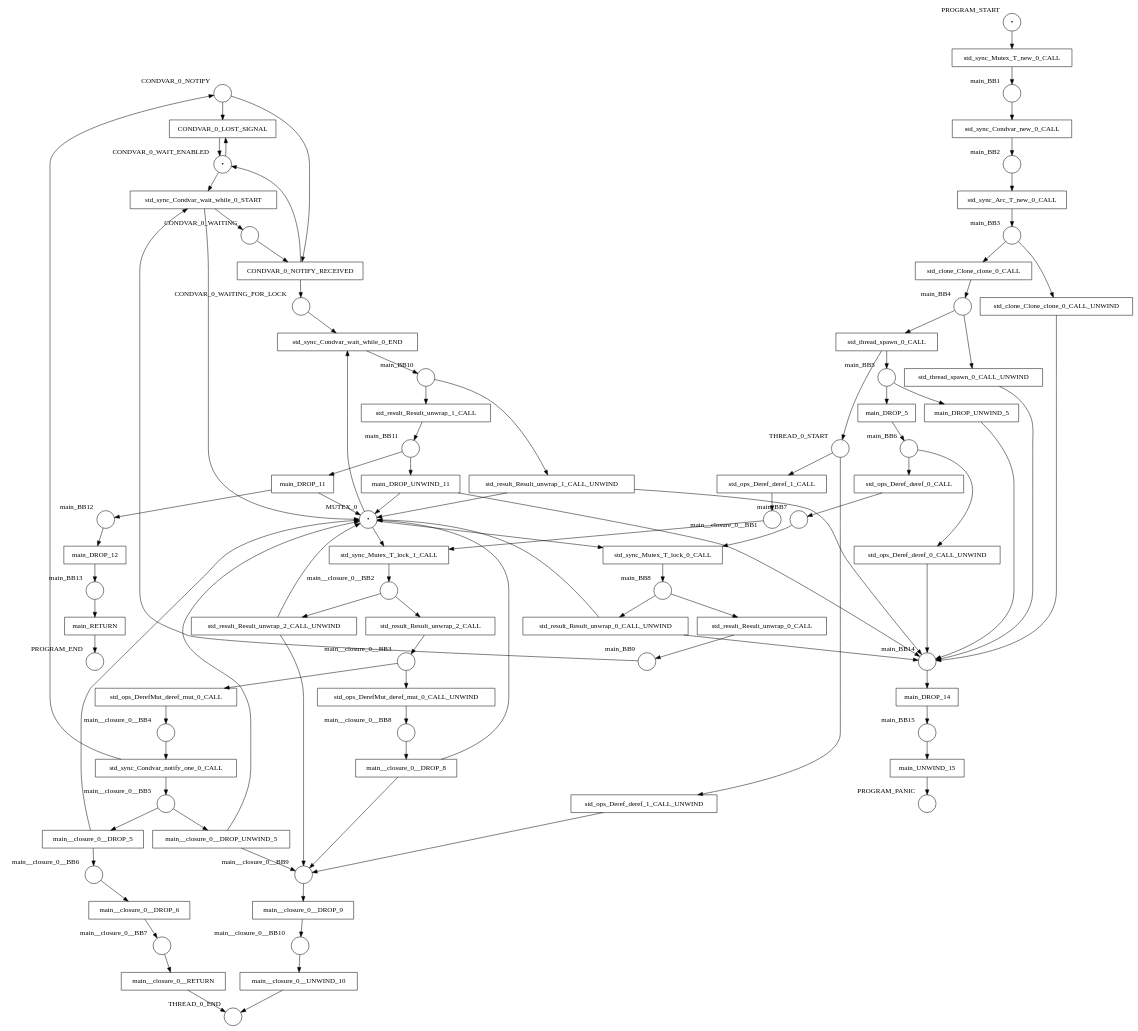
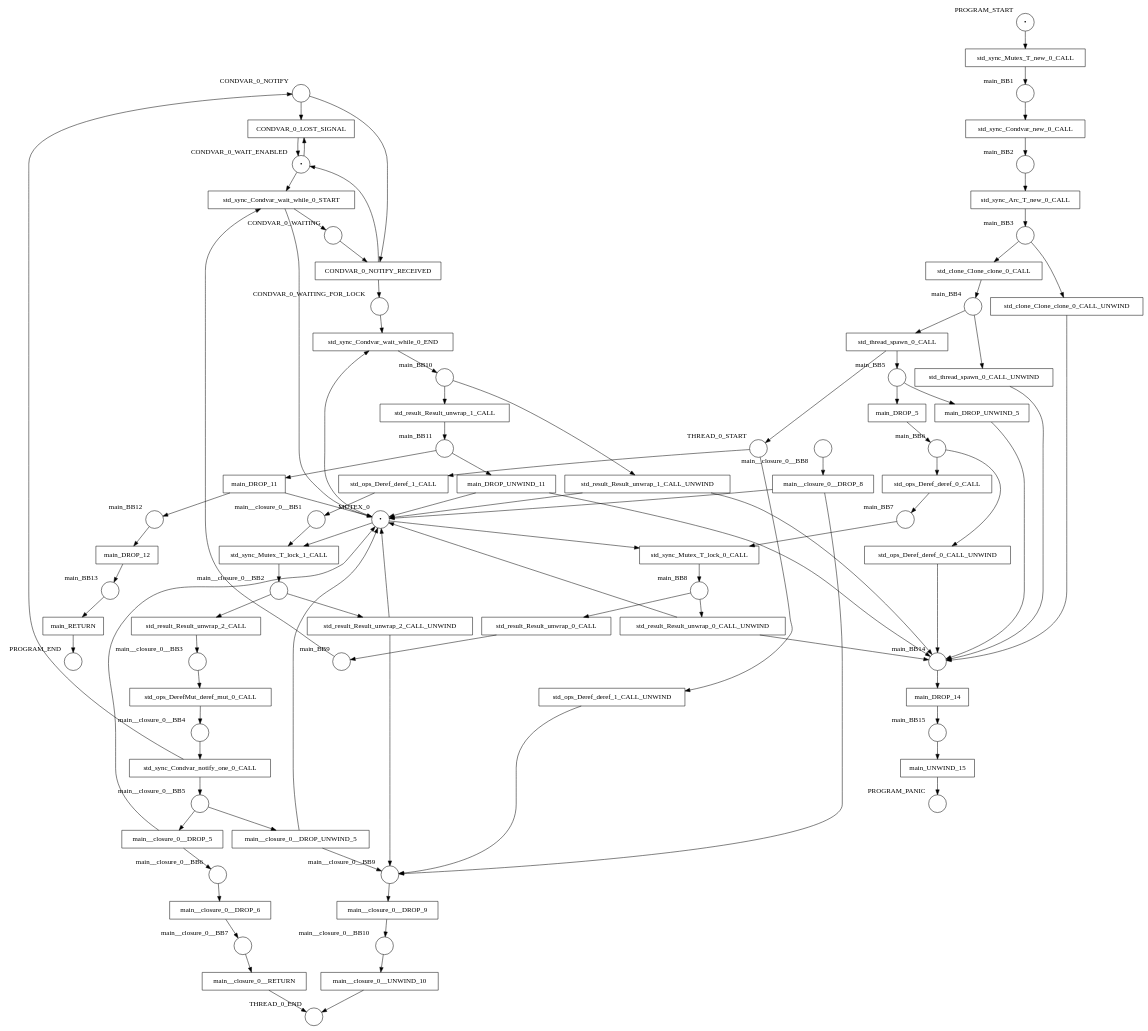
Before and after one commit to hlisdero/cargo-check-deadlock: the diagram in examples/results/condvar/wait_while/net.dot, drawn with Graphviz. The commit also changed 14 other files, not shown here.

```diff
--- a/examples/results/condvar/wait_while/net.dot
+++ b/examples/results/condvar/wait_while/net.dot
@@ -1,178 +1,175 @@
 digraph petrinet {
     CONDVAR_0_NOTIFY [shape="circle" xlabel="CONDVAR_0_NOTIFY" label=""];
     CONDVAR_0_WAITING [shape="circle" xlabel="CONDVAR_0_WAITING" label=""];
     CONDVAR_0_WAITING_FOR_LOCK [shape="circle" xlabel="CONDVAR_0_WAITING_FOR_LOCK" label=""];
     CONDVAR_0_WAIT_ENABLED [shape="circle" xlabel="CONDVAR_0_WAIT_ENABLED" label="•"];
     MUTEX_0 [shape="circle" xlabel="MUTEX_0" label="•"];
     PROGRAM_END [shape="circle" xlabel="PROGRAM_END" label=""];
     PROGRAM_PANIC [shape="circle" xlabel="PROGRAM_PANIC" label=""];
     PROGRAM_START [shape="circle" xlabel="PROGRAM_START" label="•"];
     THREAD_0_END [shape="circle" xlabel="THREAD_0_END" label=""];
     THREAD_0_START [shape="circle" xlabel="THREAD_0_START" label=""];
     main_BB1 [shape="circle" xlabel="main_BB1" label=""];
     main_BB10 [shape="circle" xlabel="main_BB10" label=""];
     main_BB11 [shape="circle" xlabel="main_BB11" label=""];
     main_BB12 [shape="circle" xlabel="main_BB12" label=""];
     main_BB13 [shape="circle" xlabel="main_BB13" label=""];
     main_BB14 [shape="circle" xlabel="main_BB14" label=""];
     main_BB15 [shape="circle" xlabel="main_BB15" label=""];
     main_BB2 [shape="circle" xlabel="main_BB2" label=""];
     main_BB3 [shape="circle" xlabel="main_BB3" label=""];
     main_BB4 [shape="circle" xlabel="main_BB4" label=""];
     main_BB5 [shape="circle" xlabel="main_BB5" label=""];
     main_BB6 [shape="circle" xlabel="main_BB6" label=""];
     main_BB7 [shape="circle" xlabel="main_BB7" label=""];
     main_BB8 [shape="circle" xlabel="main_BB8" label=""];
     main_BB9 [shape="circle" xlabel="main_BB9" label=""];
     main__closure_0__BB1 [shape="circle" xlabel="main__closure_0__BB1" label=""];
     main__closure_0__BB10 [shape="circle" xlabel="main__closure_0__BB10" label=""];
     main__closure_0__BB2 [shape="circle" xlabel="main__closure_0__BB2" label=""];
     main__closure_0__BB3 [shape="circle" xlabel="main__closure_0__BB3" label=""];
     main__closure_0__BB4 [shape="circle" xlabel="main__closure_0__BB4" label=""];
     main__closure_0__BB5 [shape="circle" xlabel="main__closure_0__BB5" label=""];
     main__closure_0__BB6 [shape="circle" xlabel="main__closure_0__BB6" label=""];
     main__closure_0__BB7 [shape="circle" xlabel="main__closure_0__BB7" label=""];
     main__closure_0__BB8 [shape="circle" xlabel="main__closure_0__BB8" label=""];
     main__closure_0__BB9 [shape="circle" xlabel="main__closure_0__BB9" label=""];
     CONDVAR_0_LOST_SIGNAL [shape="box" xlabel="" label="CONDVAR_0_LOST_SIGNAL"];
     CONDVAR_0_NOTIFY_RECEIVED [shape="box" xlabel="" label="CONDVAR_0_NOTIFY_RECEIVED"];
     main_DROP_11 [shape="box" xlabel="" label="main_DROP_11"];
     main_DROP_12 [shape="box" xlabel="" label="main_DROP_12"];
     main_DROP_14 [shape="box" xlabel="" label="main_DROP_14"];
     main_DROP_5 [shape="box" xlabel="" label="main_DROP_5"];
     main_DROP_UNWIND_11 [shape="box" xlabel="" label="main_DROP_UNWIND_11"];
     main_DROP_UNWIND_5 [shape="box" xlabel="" label="main_DROP_UNWIND_5"];
     main_RETURN [shape="box" xlabel="" label="main_RETURN"];
     main_UNWIND_15 [shape="box" xlabel="" label="main_UNWIND_15"];
     main__closure_0__DROP_5 [shape="box" xlabel="" label="main__closure_0__DROP_5"];
     main__closure_0__DROP_6 [shape="box" xlabel="" label="main__closure_0__DROP_6"];
     main__closure_0__DROP_8 [shape="box" xlabel="" label="main__closure_0__DROP_8"];
     main__closure_0__DROP_9 [shape="box" xlabel="" label="main__closure_0__DROP_9"];
     main__closure_0__DROP_UNWIND_5 [shape="box" xlabel="" label="main__closure_0__DROP_UNWIND_5"];
     main__closure_0__RETURN [shape="box" xlabel="" label="main__closure_0__RETURN"];
     main__closure_0__UNWIND_10 [shape="box" xlabel="" label="main__closure_0__UNWIND_10"];
     std_clone_Clone_clone_0_CALL [shape="box" xlabel="" label="std_clone_Clone_clone_0_CALL"];
     std_clone_Clone_clone_0_CALL_UNWIND [shape="box" xlabel="" label="std_clone_Clone_clone_0_CALL_UNWIND"];
     std_ops_DerefMut_deref_mut_0_CALL [shape="box" xlabel="" label="std_ops_DerefMut_deref_mut_0_CALL"];
-    std_ops_DerefMut_deref_mut_0_CALL_UNWIND [shape="box" xlabel="" label="std_ops_DerefMut_deref_mut_0_CALL_UNWIND"];
     std_ops_Deref_deref_0_CALL [shape="box" xlabel="" label="std_ops_Deref_deref_0_CALL"];
     std_ops_Deref_deref_0_CALL_UNWIND [shape="box" xlabel="" label="std_ops_Deref_deref_0_CALL_UNWIND"];
     std_ops_Deref_deref_1_CALL [shape="box" xlabel="" label="std_ops_Deref_deref_1_CALL"];
     std_ops_Deref_deref_1_CALL_UNWIND [shape="box" xlabel="" label="std_ops_Deref_deref_1_CALL_UNWIND"];
     std_result_Result_unwrap_0_CALL [shape="box" xlabel="" label="std_result_Result_unwrap_0_CALL"];
     std_result_Result_unwrap_0_CALL_UNWIND [shape="box" xlabel="" label="std_result_Result_unwrap_0_CALL_UNWIND"];
     std_result_Result_unwrap_1_CALL [shape="box" xlabel="" label="std_result_Result_unwrap_1_CALL"];
     std_result_Result_unwrap_1_CALL_UNWIND [shape="box" xlabel="" label="std_result_Result_unwrap_1_CALL_UNWIND"];
     std_result_Result_unwrap_2_CALL [shape="box" xlabel="" label="std_result_Result_unwrap_2_CALL"];
     std_result_Result_unwrap_2_CALL_UNWIND [shape="box" xlabel="" label="std_result_Result_unwrap_2_CALL_UNWIND"];
     std_sync_Arc_T_new_0_CALL [shape="box" xlabel="" label="std_sync_Arc_T_new_0_CALL"];
     std_sync_Condvar_new_0_CALL [shape="box" xlabel="" label="std_sync_Condvar_new_0_CALL"];
     std_sync_Condvar_notify_one_0_CALL [shape="box" xlabel="" label="std_sync_Condvar_notify_one_0_CALL"];
     std_sync_Condvar_wait_while_0_END [shape="box" xlabel="" label="std_sync_Condvar_wait_while_0_END"];
     std_sync_Condvar_wait_while_0_START [shape="box" xlabel="" label="std_sync_Condvar_wait_while_0_START"];
     std_sync_Mutex_T_lock_0_CALL [shape="box" xlabel="" label="std_sync_Mutex_T_lock_0_CALL"];
     std_sync_Mutex_T_lock_1_CALL [shape="box" xlabel="" label="std_sync_Mutex_T_lock_1_CALL"];
     std_sync_Mutex_T_new_0_CALL [shape="box" xlabel="" label="std_sync_Mutex_T_new_0_CALL"];
     std_thread_spawn_0_CALL [shape="box" xlabel="" label="std_thread_spawn_0_CALL"];
     std_thread_spawn_0_CALL_UNWIND [shape="box" xlabel="" label="std_thread_spawn_0_CALL_UNWIND"];
     CONDVAR_0_NOTIFY -> CONDVAR_0_LOST_SIGNAL;
     CONDVAR_0_NOTIFY -> CONDVAR_0_NOTIFY_RECEIVED;
     CONDVAR_0_WAITING -> CONDVAR_0_NOTIFY_RECEIVED;
     CONDVAR_0_WAITING_FOR_LOCK -> std_sync_Condvar_wait_while_0_END;
     CONDVAR_0_WAIT_ENABLED -> CONDVAR_0_LOST_SIGNAL;
     CONDVAR_0_WAIT_ENABLED -> std_sync_Condvar_wait_while_0_START;
     MUTEX_0 -> std_sync_Condvar_wait_while_0_END;
     MUTEX_0 -> std_sync_Mutex_T_lock_0_CALL;
     MUTEX_0 -> std_sync_Mutex_T_lock_1_CALL;
     PROGRAM_START -> std_sync_Mutex_T_new_0_CALL;
     THREAD_0_START -> std_ops_Deref_deref_1_CALL;
     THREAD_0_START -> std_ops_Deref_deref_1_CALL_UNWIND;
     main_BB1 -> std_sync_Condvar_new_0_CALL;
     main_BB10 -> std_result_Result_unwrap_1_CALL;
     main_BB10 -> std_result_Result_unwrap_1_CALL_UNWIND;
     main_BB11 -> main_DROP_11;
     main_BB11 -> main_DROP_UNWIND_11;
     main_BB12 -> main_DROP_12;
     main_BB13 -> main_RETURN;
     main_BB14 -> main_DROP_14;
     main_BB15 -> main_UNWIND_15;
     main_BB2 -> std_sync_Arc_T_new_0_CALL;
     main_BB3 -> std_clone_Clone_clone_0_CALL;
     main_BB3 -> std_clone_Clone_clone_0_CALL_UNWIND;
     main_BB4 -> std_thread_spawn_0_CALL;
     main_BB4 -> std_thread_spawn_0_CALL_UNWIND;
     main_BB5 -> main_DROP_5;
     main_BB5 -> main_DROP_UNWIND_5;
     main_BB6 -> std_ops_Deref_deref_0_CALL;
     main_BB6 -> std_ops_Deref_deref_0_CALL_UNWIND;
     main_BB7 -> std_sync_Mutex_T_lock_0_CALL;
     main_BB8 -> std_result_Result_unwrap_0_CALL;
     main_BB8 -> std_result_Result_unwrap_0_CALL_UNWIND;
     main_BB9 -> std_sync_Condvar_wait_while_0_START;
     main__closure_0__BB1 -> std_sync_Mutex_T_lock_1_CALL;
     main__closure_0__BB10 -> main__closure_0__UNWIND_10;
     main__closure_0__BB2 -> std_result_Result_unwrap_2_CALL;
     main__closure_0__BB2 -> std_result_Result_unwrap_2_CALL_UNWIND;
     main__closure_0__BB3 -> std_ops_DerefMut_deref_mut_0_CALL;
-    main__closure_0__BB3 -> std_ops_DerefMut_deref_mut_0_CALL_UNWIND;
     main__closure_0__BB4 -> std_sync_Condvar_notify_one_0_CALL;
     main__closure_0__BB5 -> main__closure_0__DROP_5;
     main__closure_0__BB5 -> main__closure_0__DROP_UNWIND_5;
     main__closure_0__BB6 -> main__closure_0__DROP_6;
     main__closure_0__BB7 -> main__closure_0__RETURN;
     main__closure_0__BB8 -> main__closure_0__DROP_8;
     main__closure_0__BB9 -> main__closure_0__DROP_9;
     CONDVAR_0_LOST_SIGNAL -> CONDVAR_0_WAIT_ENABLED;
     CONDVAR_0_NOTIFY_RECEIVED -> CONDVAR_0_WAITING_FOR_LOCK;
     CONDVAR_0_NOTIFY_RECEIVED -> CONDVAR_0_WAIT_ENABLED;
     main_DROP_11 -> MUTEX_0;
     main_DROP_11 -> main_BB12;
     main_DROP_12 -> main_BB13;
     main_DROP_14 -> main_BB15;
     main_DROP_5 -> main_BB6;
     main_DROP_UNWIND_11 -> MUTEX_0;
     main_DROP_UNWIND_11 -> main_BB14;
     main_DROP_UNWIND_5 -> main_BB14;
     main_RETURN -> PROGRAM_END;
     main_UNWIND_15 -> PROGRAM_PANIC;
     main__closure_0__DROP_5 -> MUTEX_0;
     main__closure_0__DROP_5 -> main__closure_0__BB6;
     main__closure_0__DROP_6 -> main__closure_0__BB7;
     main__closure_0__DROP_8 -> MUTEX_0;
     main__closure_0__DROP_8 -> main__closure_0__BB9;
     main__closure_0__DROP_9 -> main__closure_0__BB10;
     main__closure_0__DROP_UNWIND_5 -> MUTEX_0;
     main__closure_0__DROP_UNWIND_5 -> main__closure_0__BB9;
     main__closure_0__RETURN -> THREAD_0_END;
     main__closure_0__UNWIND_10 -> THREAD_0_END;
     std_clone_Clone_clone_0_CALL -> main_BB4;
     std_clone_Clone_clone_0_CALL_UNWIND -> main_BB14;
     std_ops_DerefMut_deref_mut_0_CALL -> main__closure_0__BB4;
-    std_ops_DerefMut_deref_mut_0_CALL_UNWIND -> main__closure_0__BB8;
     std_ops_Deref_deref_0_CALL -> main_BB7;
     std_ops_Deref_deref_0_CALL_UNWIND -> main_BB14;
     std_ops_Deref_deref_1_CALL -> main__closure_0__BB1;
     std_ops_Deref_deref_1_CALL_UNWIND -> main__closure_0__BB9;
     std_result_Result_unwrap_0_CALL -> main_BB9;
     std_result_Result_unwrap_0_CALL_UNWIND -> MUTEX_0;
     std_result_Result_unwrap_0_CALL_UNWIND -> main_BB14;
     std_result_Result_unwrap_1_CALL -> main_BB11;
     std_result_Result_unwrap_1_CALL_UNWIND -> MUTEX_0;
     std_result_Result_unwrap_1_CALL_UNWIND -> main_BB14;
     std_result_Result_unwrap_2_CALL -> main__closure_0__BB3;
     std_result_Result_unwrap_2_CALL_UNWIND -> MUTEX_0;
     std_result_Result_unwrap_2_CALL_UNWIND -> main__closure_0__BB9;
     std_sync_Arc_T_new_0_CALL -> main_BB3;
     std_sync_Condvar_new_0_CALL -> main_BB2;
     std_sync_Condvar_notify_one_0_CALL -> CONDVAR_0_NOTIFY;
     std_sync_Condvar_notify_one_0_CALL -> main__closure_0__BB5;
     std_sync_Condvar_wait_while_0_END -> main_BB10;
     std_sync_Condvar_wait_while_0_START -> CONDVAR_0_WAITING;
     std_sync_Condvar_wait_while_0_START -> MUTEX_0;
     std_sync_Mutex_T_lock_0_CALL -> main_BB8;
     std_sync_Mutex_T_lock_1_CALL -> main__closure_0__BB2;
     std_sync_Mutex_T_new_0_CALL -> main_BB1;
     std_thread_spawn_0_CALL -> THREAD_0_START;
     std_thread_spawn_0_CALL -> main_BB5;
     std_thread_spawn_0_CALL_UNWIND -> main_BB14;
 }
```
